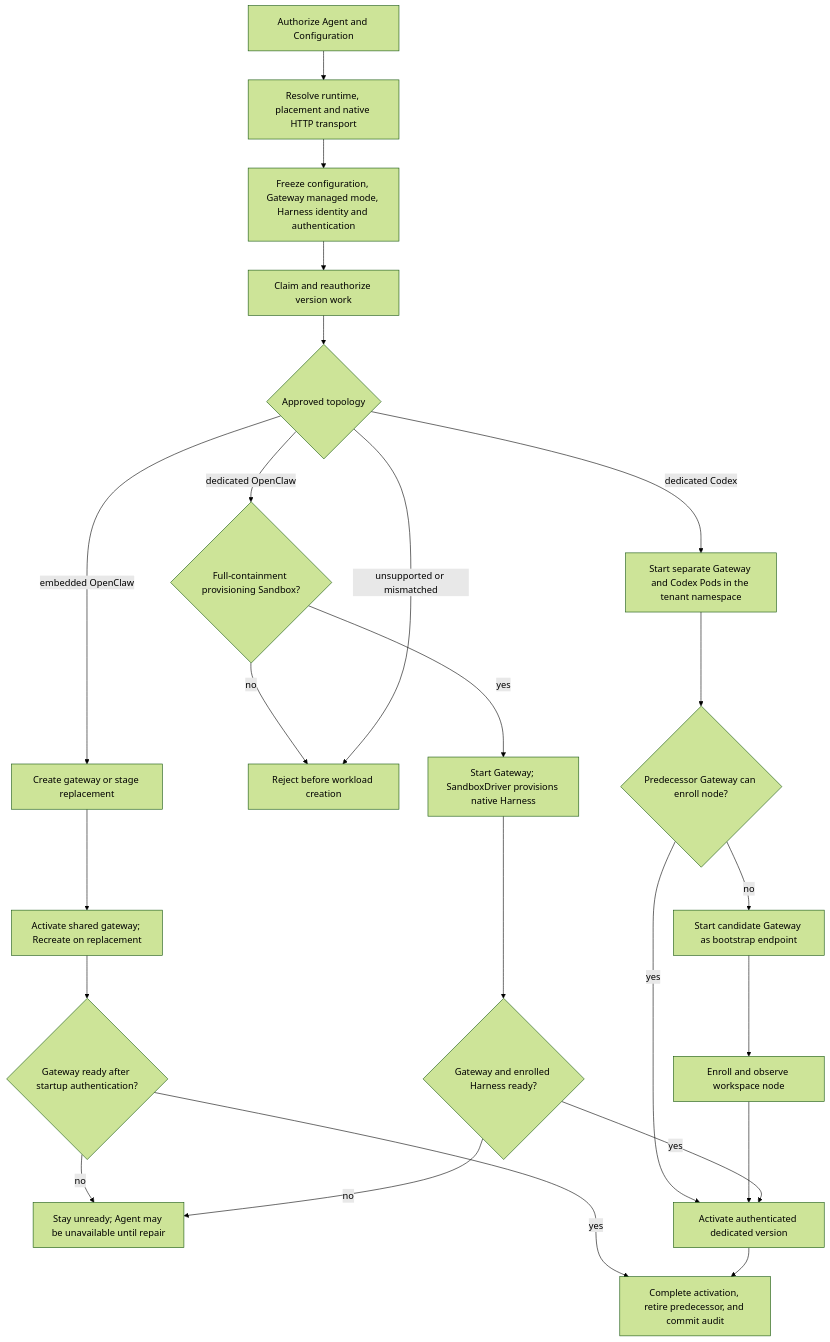
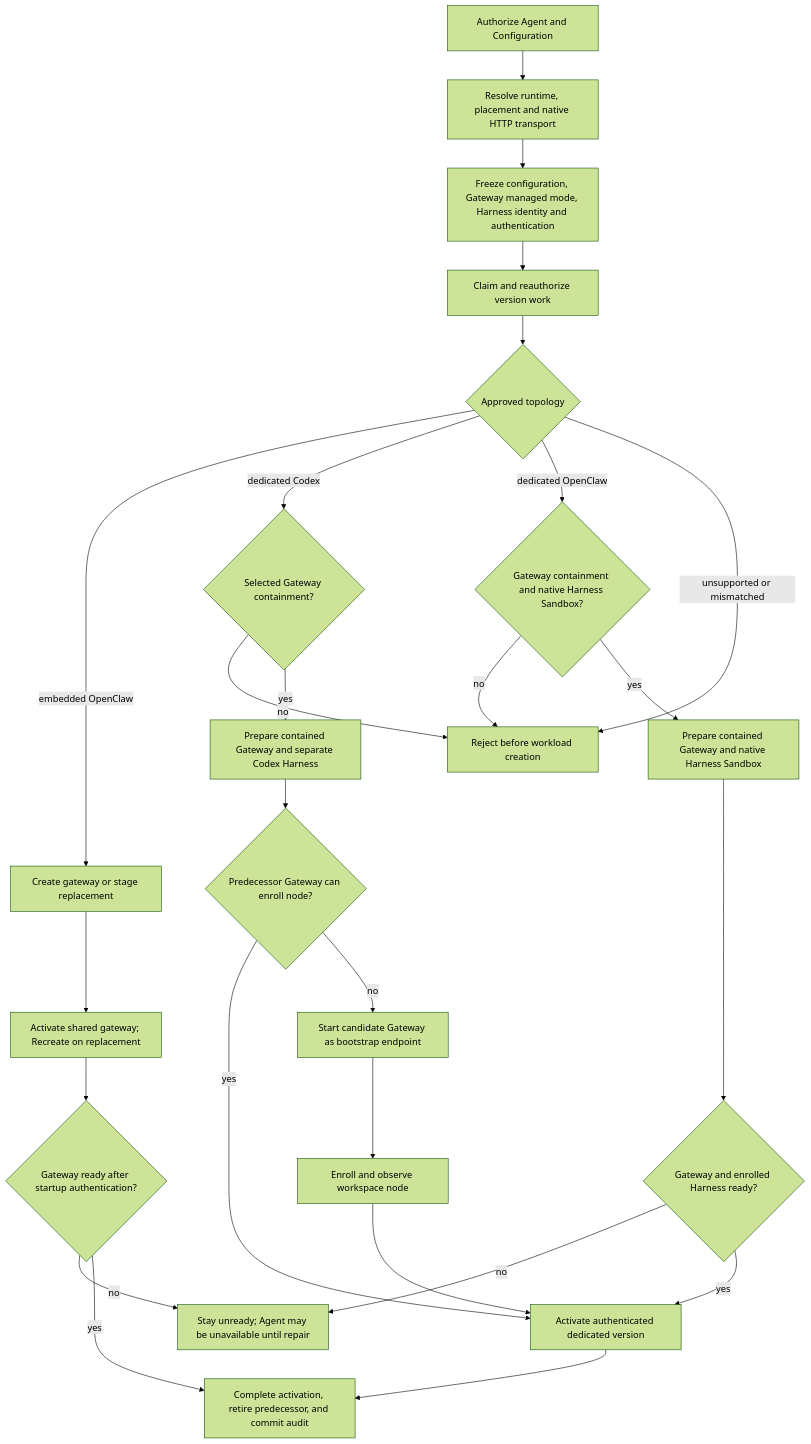
One commit to raw-labs/openclaw-enterprise changed the diagram in docs/flows/harness-execution-topology.md. Above: the diagram before and after it, drawn with Mermaid (forest theme). The commit also changed other lines of this file and 95 other files, not shown here.

First line of the commit message:
feat: checkpoint experimental dedicated Gateway containment

````diff
--- a/docs/flows/harness-execution-topology.md
+++ b/docs/flows/harness-execution-topology.md
@@ -26,26 +26,28 @@
 ```mermaid
 graph TD
   A["Authorize Agent and Configuration"] --> B["Resolve runtime, placement and native HTTP transport"]
   B --> C["Freeze configuration, Gateway managed mode, Harness identity and authentication"]
   C --> D["Claim and reauthorize version work"]
   D --> E{"Approved topology"}
   E -->|embedded OpenClaw| F["Create gateway or stage replacement"]
-  E -->|dedicated Codex| G["Start separate Gateway and Codex Pods in the tenant namespace"]
-  E -->|dedicated OpenClaw| Q{"Full-containment provisioning Sandbox?"}
+  E -->|dedicated Codex| V{"Selected Gateway containment?"}
+  V -->|no| H
+  V -->|yes| G["Prepare contained Gateway and separate Codex Harness"]
+  E -->|dedicated OpenClaw| Q{"Gateway containment and native Harness Sandbox?"}
   Q -->|no| H
-  Q -->|yes| R["Start Gateway; SandboxDriver provisions native Harness"]
+  Q -->|yes| R["Prepare contained Gateway and native Harness Sandbox"]
   E -->|unsupported or mismatched| H["Reject before workload creation"]
   F --> I["Activate shared gateway; Recreate on replacement"]
   I --> K{"Gateway ready after startup authentication?"}
   K -->|no| L["Stay unready; Agent may be unavailable until repair"]
   K -->|yes| J["Complete activation, retire predecessor, and commit audit"]
   G --> N{"Predecessor Gateway can enroll node?"}
   N -->|yes| M["Activate authenticated dedicated version"]
   N -->|no| O["Start candidate Gateway as bootstrap endpoint"]
   O --> P["Enroll and observe workspace node"]
   P --> M
   R --> S{"Gateway and enrolled Harness ready?"}
   S -->|no| L
   S -->|yes| M
   M --> J
 ```
````
